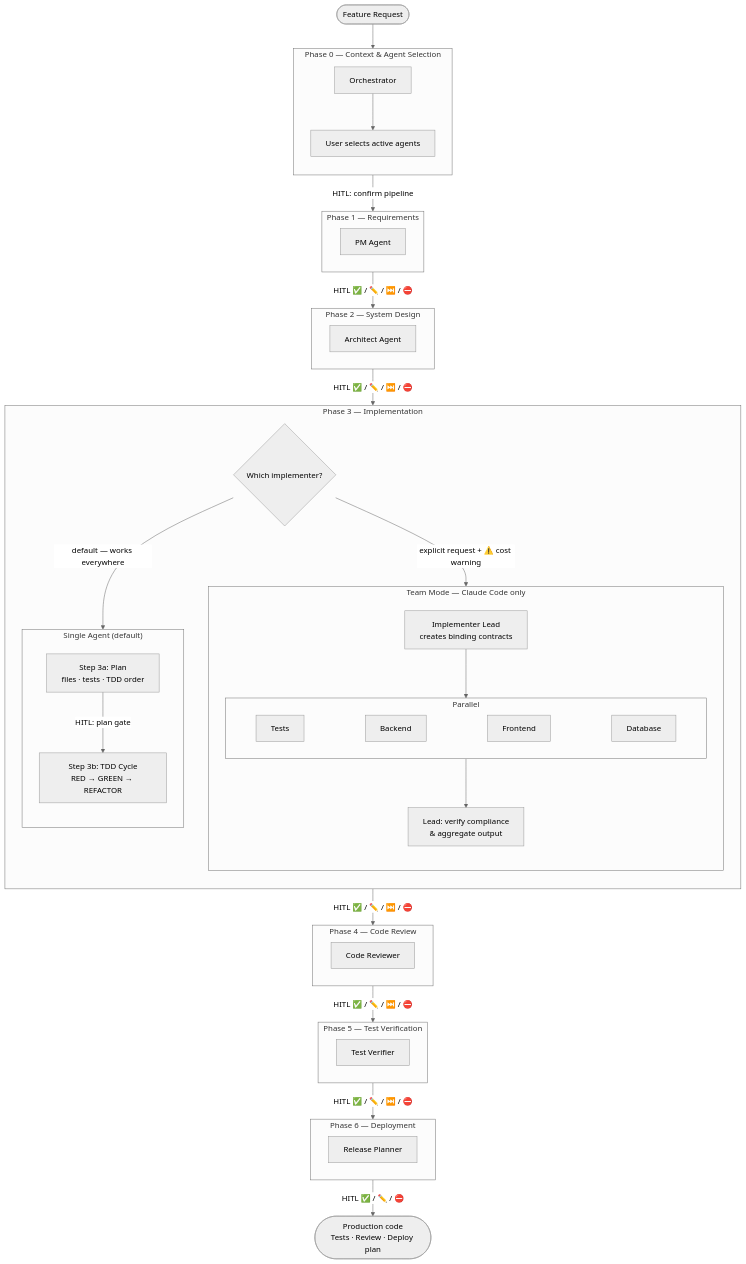
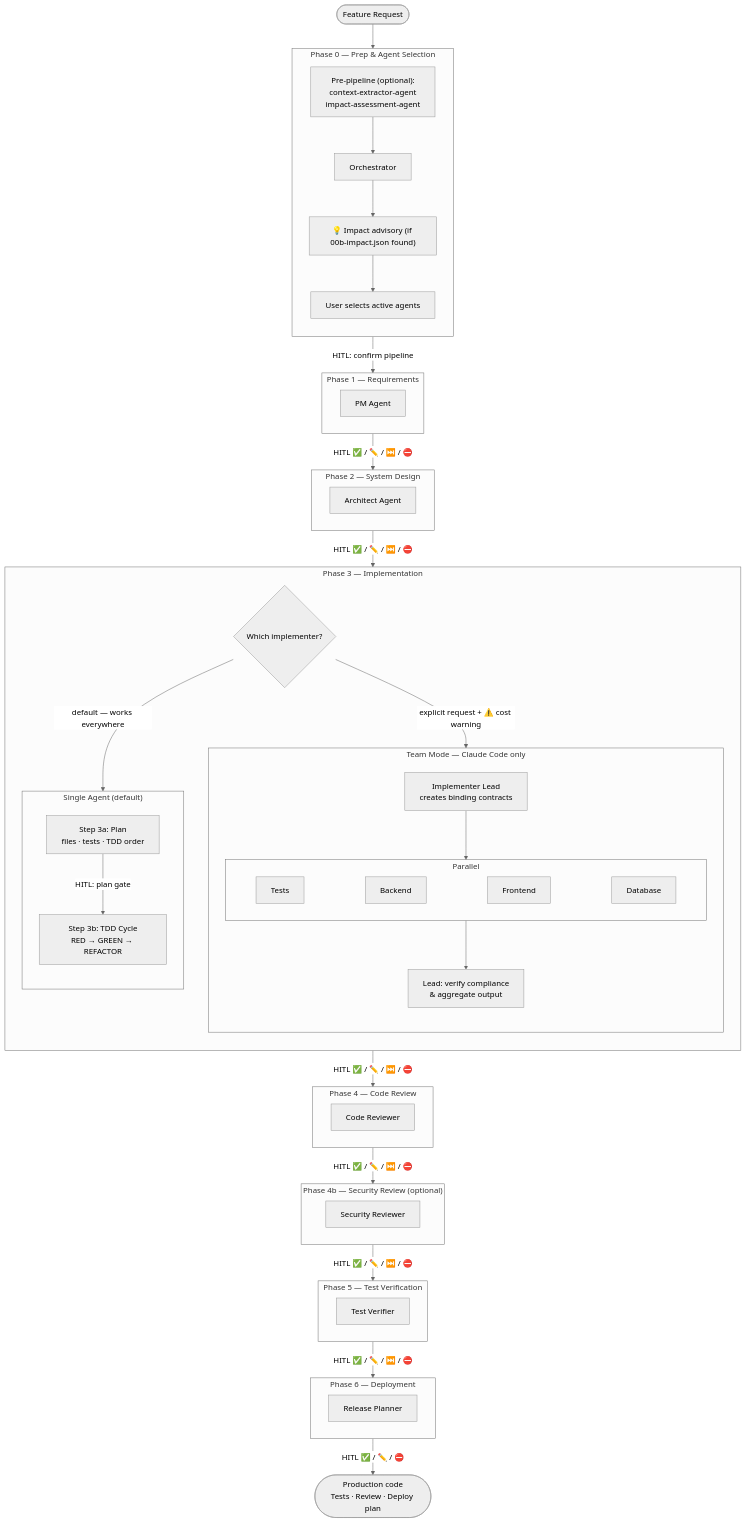
Before and after one commit to diego81b/kairos-agents-framework: the diagram in docs/workflow.md, drawn with Mermaid (neutral theme). The commit also changed other lines of this file and 8 other files, not shown here.

```diff
--- a/docs/workflow.md
+++ b/docs/workflow.md
@@ -6,9 +6,13 @@
 flowchart TD
     A([Feature Request]) --> P0
 
-    subgraph P0["Phase 0 — Context & Agent Selection"]
+    subgraph P0["Phase 0 — Prep & Agent Selection"]
         direction TB
-        O[Orchestrator] --> SEL[User selects active agents]
+        PRE["Pre-pipeline (optional):
+context-extractor-agent
+impact-assessment-agent"] --> O
+        O[Orchestrator] --> ADV["💡 Impact advisory (if 00b-impact.json found)"]
+        ADV --> SEL[User selects active agents]
     end
 
     P0 -->|HITL: confirm pipeline| P1
@@ -60,7 +64,13 @@
         REV[Code Reviewer]
     end
 
-    P4 -->|"HITL ✅ / ✏️ / ⏭️ / ⛔"| P5
+    P4 -->|"HITL ✅ / ✏️ / ⏭️ / ⛔"| P4B
+
+    subgraph P4B["Phase 4b — Security Review (optional)"]
+        SR[Security Reviewer]
+    end
+
+    P4B -->|"HITL ✅ / ✏️ / ⏭️ / ⛔"| P5
 
     subgraph P5["Phase 5 — Test Verification"]
         TV[Test Verifier]
```
